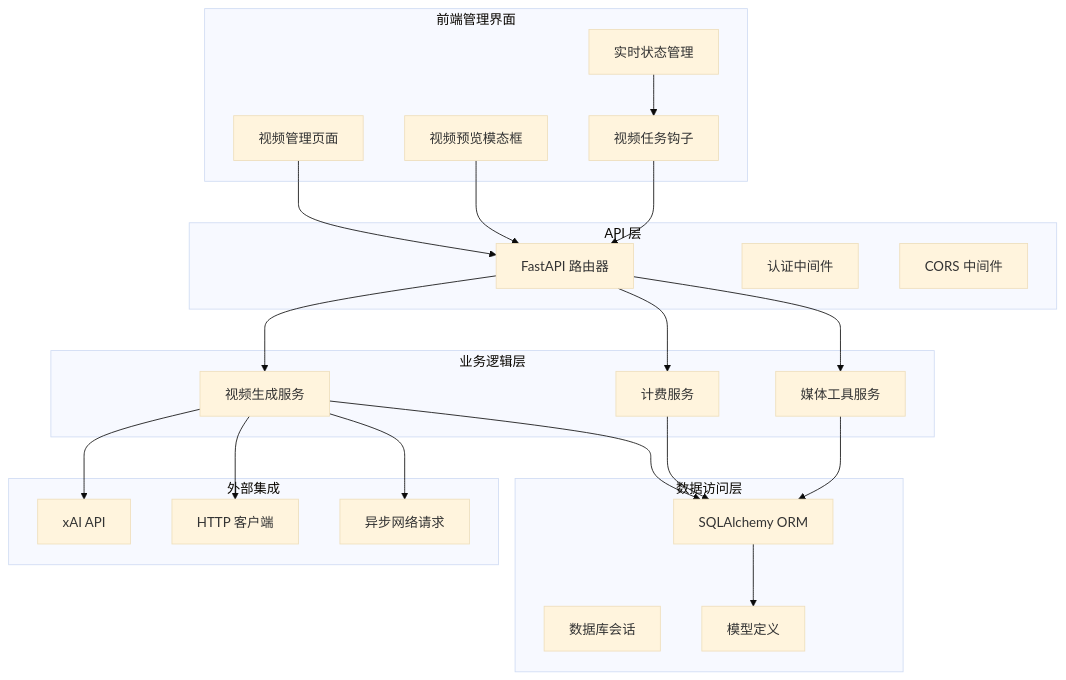
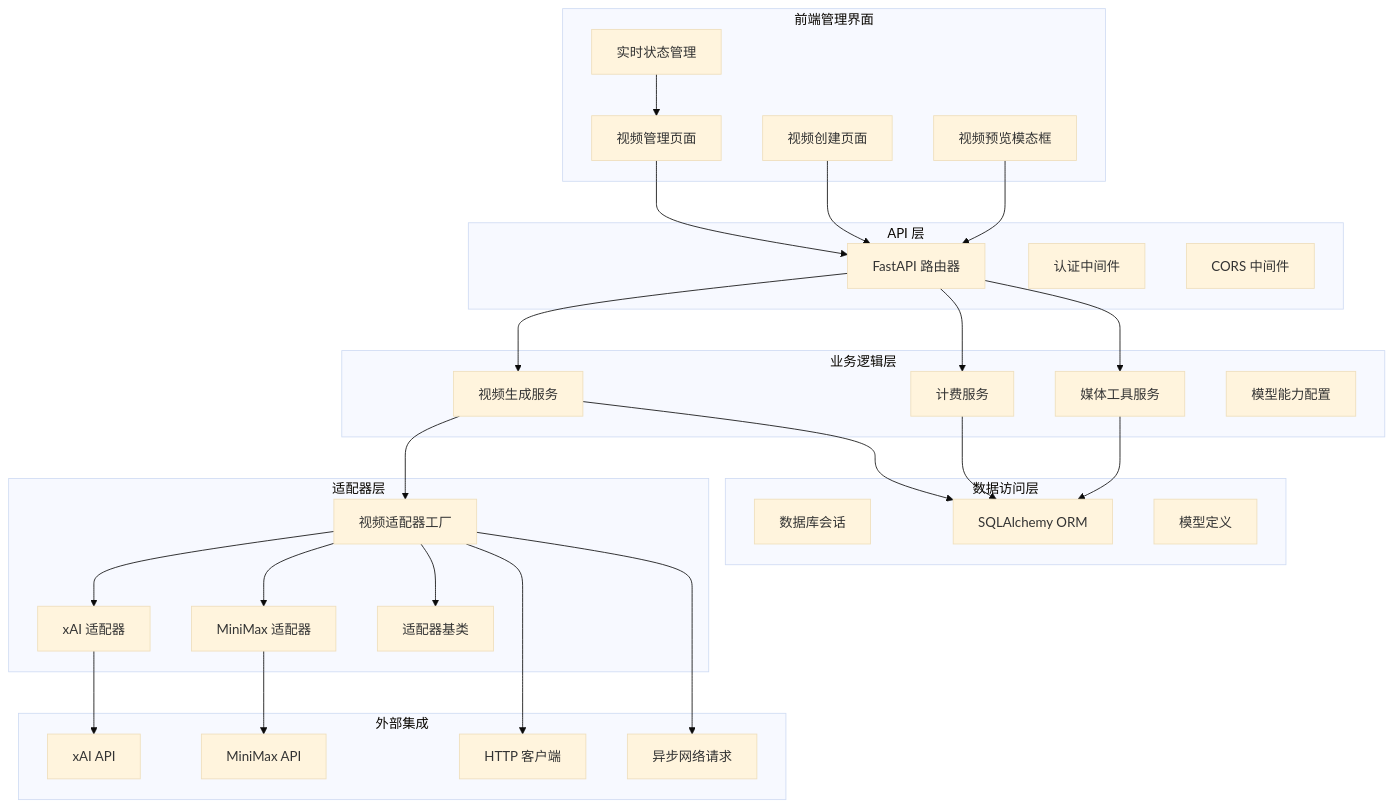
The third of 17 diagrams in .qoder/repowiki/zh/content/后端开发指南/视频生成系统.md (KunLabAI/KunFlix), drawn with Mermaid (base theme) before and after one commit. The commit also changed other lines of this file and 10 other files, not shown here.

````diff
--- a/.qoder/repowiki/zh/content/后端开发指南/视频生成系统.md
+++ b/.qoder/repowiki/zh/content/后端开发指南/视频生成系统.md
@@ -210,43 +229,55 @@
 ```mermaid
 graph TD
 subgraph "API 层"
 A1[FastAPI 路由器]
 A2[认证中间件]
 A3[CORS 中间件]
 end
 subgraph "业务逻辑层"
 B1[视频生成服务]
 B2[计费服务]
 B3[媒体工具服务]
+B4[模型能力配置]
+end
+subgraph "适配器层"
+C1[视频适配器工厂]
+C2[xAI 适配器]
+C3[MiniMax 适配器]
+C4[适配器基类]
 end
 subgraph "数据访问层"
-C1[数据库会话]
-C2[SQLAlchemy ORM]
-C3[模型定义]
+D1[数据库会话]
+D2[SQLAlchemy ORM]
+D3[模型定义]
 end
 subgraph "外部集成"
-D1[xAI API]
-D2[HTTP 客户端]
-D3[异步网络请求]
+E1[xAI API]
+E2[MiniMax API]
+E3[HTTP 客户端]
+E4[异步网络请求]
 end
 subgraph "前端管理界面"
-E1[视频管理页面]
-E2[视频预览模态框]
-E3[视频任务钩子]
-E4[实时状态管理]
+F1[视频管理页面]
+F2[视频创建页面]
+F3[视频预览模态框]
+F4[实时状态管理]
 end
 A1 --> B1
 A1 --> B2
 A1 --> B3
-B1 --> C2
-B2 --> C2
-B3 --> C2
-C2 --> C3
-B1 --> D1
+B1 --> C1
+C1 --> C2
+C1 --> C3
+C1 --> C4
 B1 --> D2
-B1 --> D3
-E1 --> A1
-E2 --> A1
-E3 --> A1
-E4 --> E3
+B2 --> D2
+B3 --> D2
+C2 --> E1
+C3 --> E2
+C1 --> E3
+C1 --> E4
+F1 --> A1
+F2 --> A1
+F3 --> A1
+F4 --> F1
 ```
````
